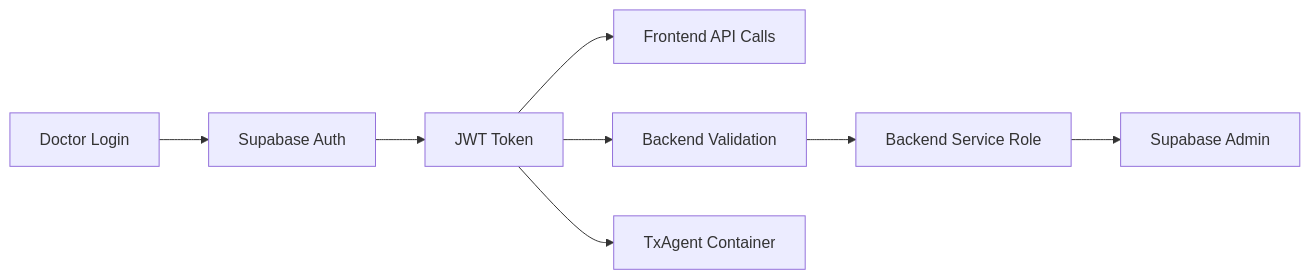
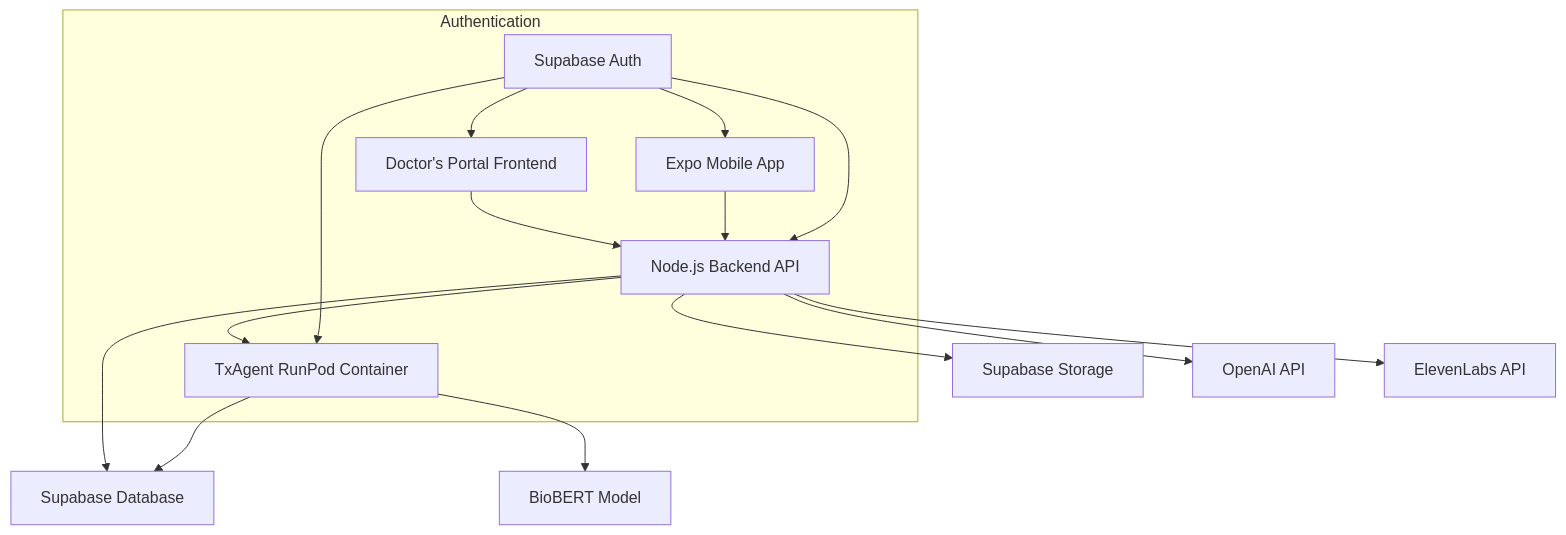
One commit to savevsgames/Medical_RAG_Vector_Uploader changed the diagram in README.md. Above: the diagram before and after it, drawn with Mermaid. The commit also changed other lines of this file, not shown here.

````diff
--- a/README.md
+++ b/README.md
@@ -52,11 +18,19 @@
 ```mermaid
-graph LR
-    A[Doctor Login] --> B[Supabase Auth]
-    B --> C[JWT Token]
-    C --> D[Frontend API Calls]
-    C --> E[Backend Validation]
-    C --> F[TxAgent Container]
+graph TB
+    A[Doctor's Portal Frontend] --> B[Node.js Backend API]
+    C[Expo Mobile App] --> B
+    B --> D[Supabase Database]
+    B --> E[TxAgent RunPod Container]
+    E --> F[BioBERT Model]
+    E --> D
+    B --> G[Supabase Storage]
+    B --> H[OpenAI API]
+    B --> I[ElevenLabs API]
 
-    G[Backend Service Role] --> H[Supabase Admin]
-    E --> G
+    subgraph "Authentication"
+        J[Supabase Auth] --> A
+        J --> C
+        J --> B
+        J --> E
+    end
 ```
````
